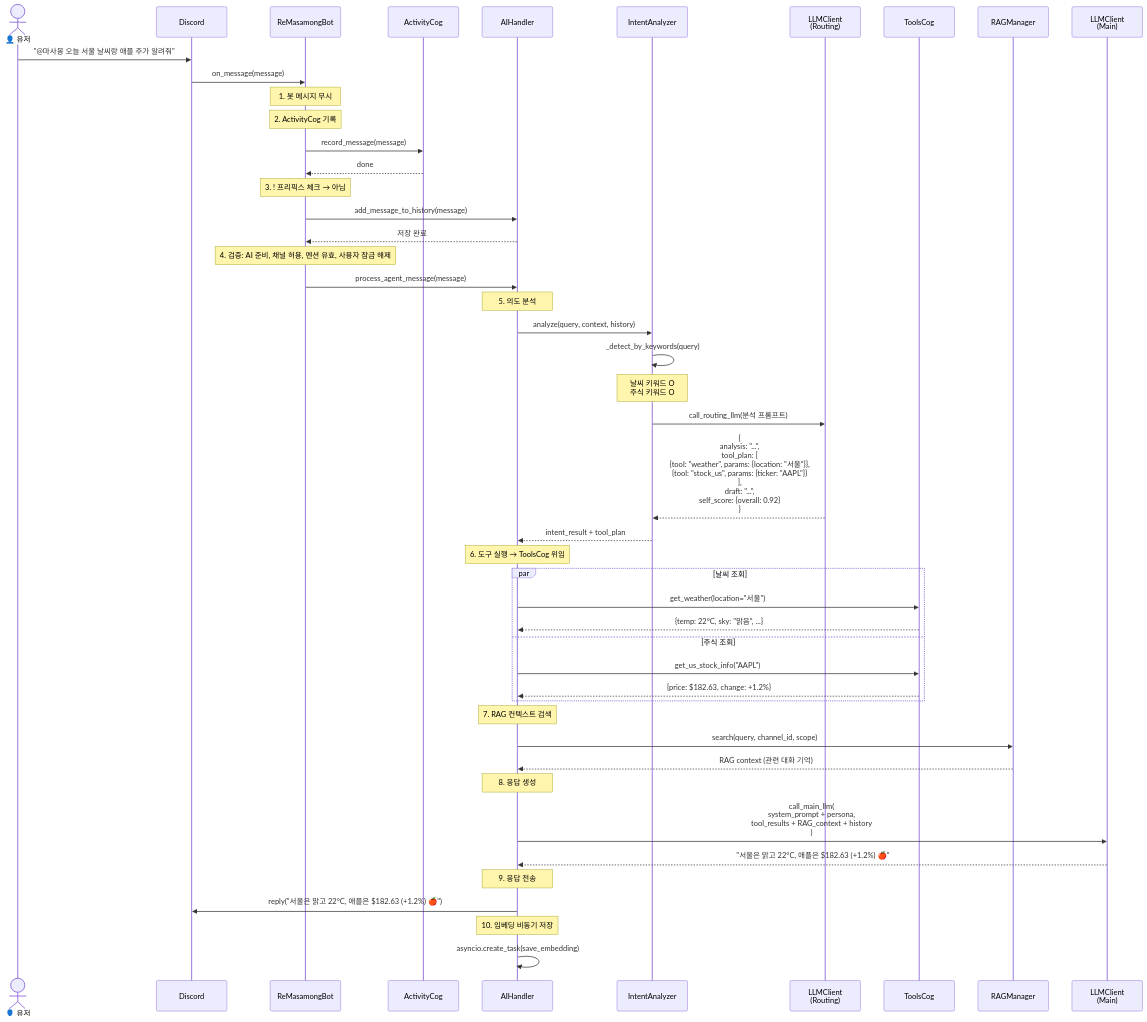
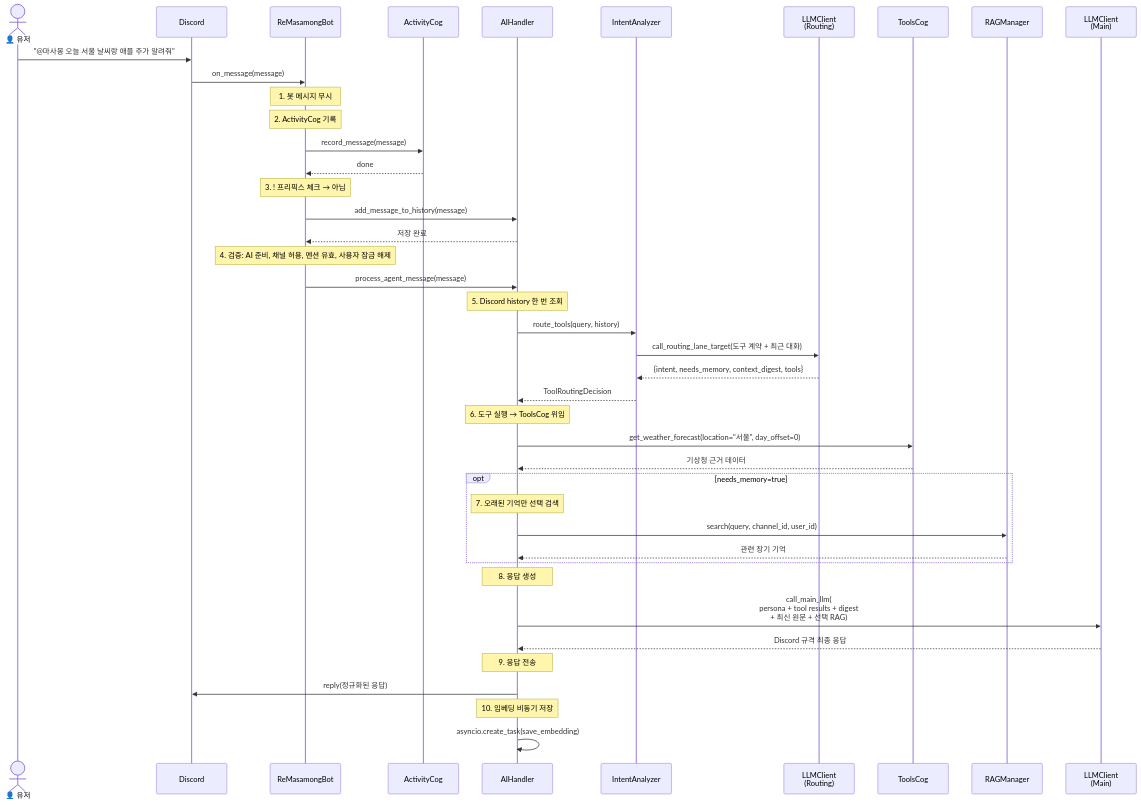
The eighth of 15 diagrams in docs/ARCHITECTURE.ko.md (kim0040/masamong), drawn with Mermaid before and after one commit. The commit also changed other lines of this file and 30 other files, not shown here.

Commit message:
Optimize semantic routing, memory context, and TiDB usage

````diff
--- a/docs/ARCHITECTURE.ko.md
+++ b/docs/ARCHITECTURE.ko.md
@@ -328,69 +324,60 @@
 ```mermaid
 sequenceDiagram
     actor User as 👤 유저
     participant Discord as Discord
     participant Bot as ReMasamongBot
     participant Activity as ActivityCog
     participant AI as AIHandler
     participant Intent as IntentAnalyzer
     participant LLMR as LLMClient<br/>(Routing)
     participant Tools as ToolsCog
     participant RAG as RAGManager
     participant LLMM as LLMClient<br/>(Main)
 
     User->>Discord: "@마사몽 오늘 서울 날씨랑 애플 주가 알려줘"
     Discord->>Bot: on_message(message)
 
     Note over Bot: 1. 봇 메시지 무시
     Note over Bot: 2. ActivityCog 기록
 
     Bot->>Activity: record_message(message)
     Activity-->>Bot: done
 
     Note over Bot: 3. ! 프리픽스 체크 → 아님
 
     Bot->>AI: add_message_to_history(message)
     AI-->>Bot: 저장 완료
 
     Note over Bot: 4. 검증: AI 준비, 채널 허용, 멘션 유효, 사용자 잠금 해제
 
     Bot->>AI: process_agent_message(message)
 
-    Note over AI: 5. 의도 분석
-    AI->>Intent: analyze(query, context, history)
-
-    Intent->>Intent: _detect_by_keywords(query)
-    Note over Intent: 날씨 키워드 O<br/>주식 키워드 O
-
-    Intent->>LLMR: call_routing_llm(분석 프롬프트)
-    LLMR-->>Intent: {<br/>  analysis: "...",<br/>  tool_plan: [<br/>    {tool: "weather", params: {location: "서울"}},<br/>    {tool: "stock_us", params: {ticker: "AAPL"}}<br/>  ],<br/>  draft: "...",<br/>  self_score: {overall: 0.92}<br/>}
-
-    Intent-->>AI: intent_result + tool_plan
+    Note over AI: 5. Discord history 한 번 조회
+    AI->>Intent: route_tools(query, history)
+    Intent->>LLMR: call_routing_lane_target(도구 계약 + 최근 대화)
+    LLMR-->>Intent: {intent, needs_memory, context_digest, tools}
+    Intent-->>AI: ToolRoutingDecision
 
     Note over AI: 6. 도구 실행 → ToolsCog 위임
 
-    par 날씨 조회
-        AI->>Tools: get_weather(location="서울")
-        Tools-->>AI: {temp: 22°C, sky: "맑음", ...}
-    and 주식 조회
-        AI->>Tools: get_us_stock_info("AAPL")
-        Tools-->>AI: {price: $182.63, change: +1.2%}
+    AI->>Tools: get_weather_forecast(location="서울", day_offset=0)
+    Tools-->>AI: 기상청 근거 데이터
+
+    opt needs_memory=true
+        Note over AI: 7. 오래된 기억만 선택 검색
+        AI->>RAG: search(query, channel_id, user_id)
+        RAG-->>AI: 관련 장기 기억
     end
-
-    Note over AI: 7. RAG 컨텍스트 검색
-
-    AI->>RAG: search(query, channel_id, scope)
-    RAG-->>AI: RAG context (관련 대화 기억)
 
     Note over AI: 8. 응답 생성
 
-    AI->>LLMM: call_main_llm(<br/>  system_prompt + persona,<br/>  tool_results + RAG_context + history<br/>)
-    LLMM-->>AI: "서울은 맑고 22°C, 애플은 $182.63 (+1.2%) 🍎"
+    AI->>LLMM: call_main_llm(<br/>persona + tool results + digest<br/>+ 최신 원문 + 선택 RAG)
+    LLMM-->>AI: Discord 규격 최종 응답
 
     Note over AI: 9. 응답 전송
 
-    AI->>Discord: reply("서울은 맑고 22°C, 애플은 $182.63 (+1.2%) 🍎")
+    AI->>Discord: reply(정규화된 응답)
 
     Note over AI: 10. 임베딩 비동기 저장
     AI->>AI: asyncio.create_task(save_embedding)
 ```
````
